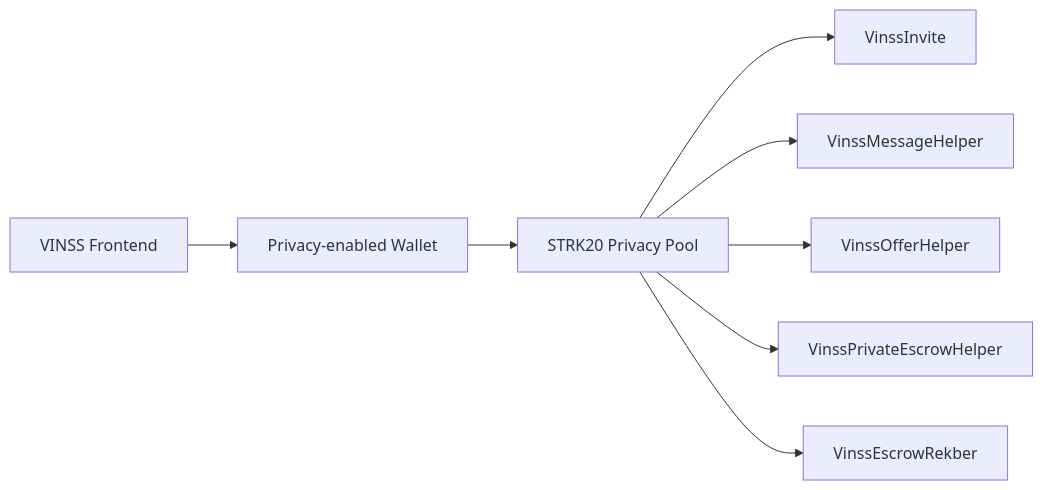
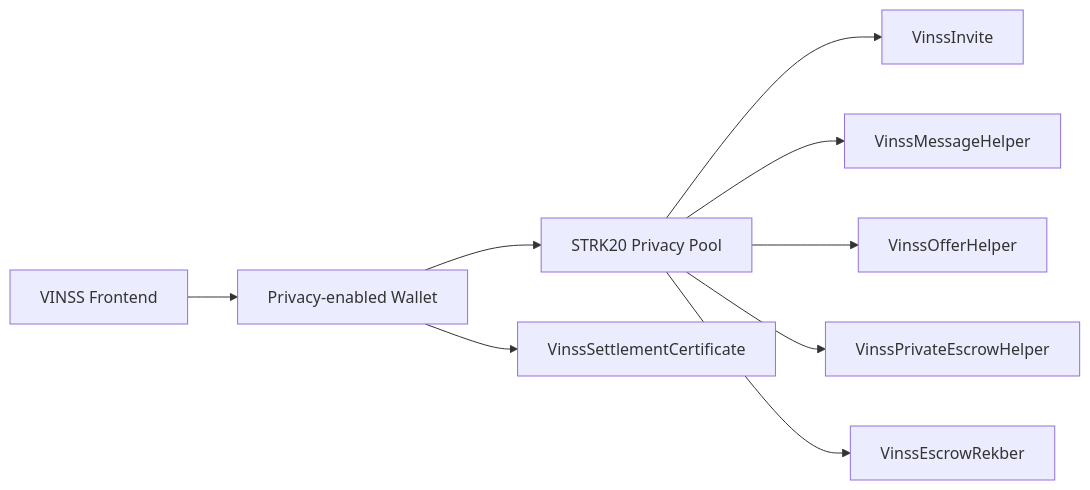
Before and after one commit to DXJLabs/vinss: the diagram in docs/technical/smart-contracts/architecture.md, drawn with Mermaid. The commit also changed other lines of this file and 55 other files, not shown here.

````diff
--- a/docs/technical/smart-contracts/architecture.md
+++ b/docs/technical/smart-contracts/architecture.md
@@ -27,19 +29,21 @@
 ```mermaid
 flowchart LR
     F["VINSS Frontend"]
     W["Privacy-enabled Wallet"]
     P["STRK20 Privacy Pool"]
 
     I["VinssInvite"]
     M["VinssMessageHelper"]
     O["VinssOfferHelper"]
     C["VinssPrivateEscrowHelper"]
     R["VinssEscrowRekber"]
+    S["VinssSettlementCertificate"]
 
     F --> W --> P
     P --> I
     P --> M
     P --> O
     P --> C
     P --> R
+    W --> S
 ```
````
